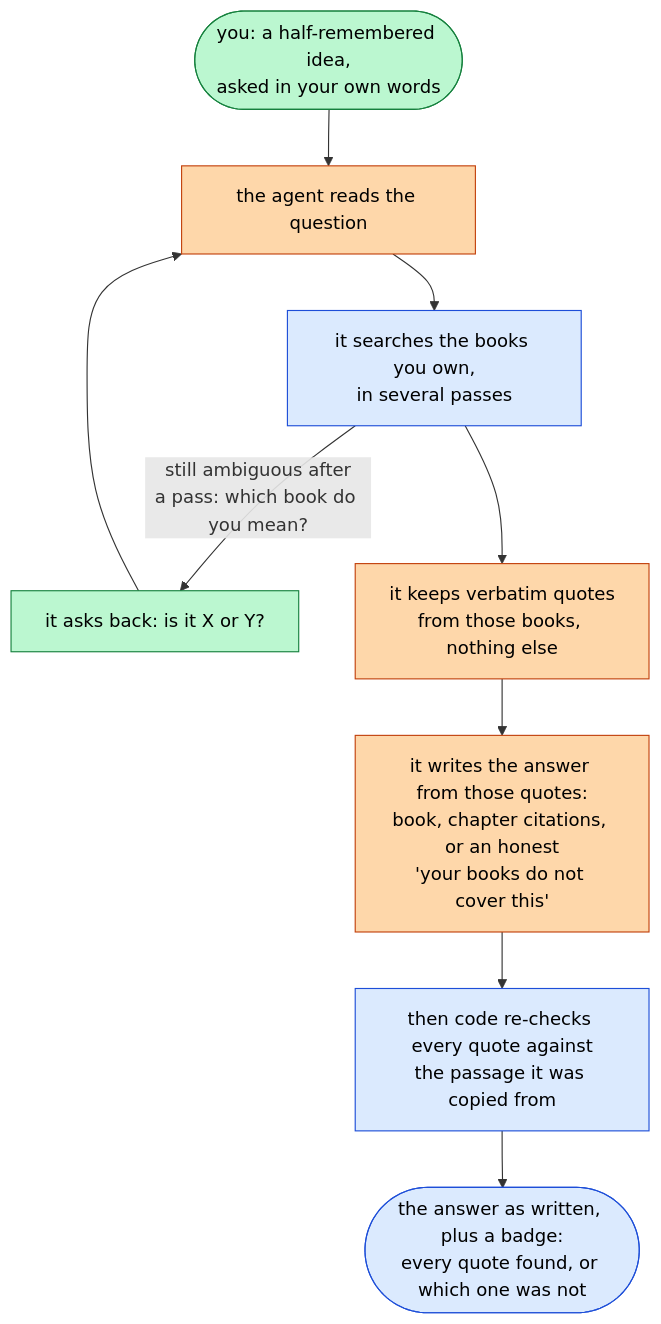
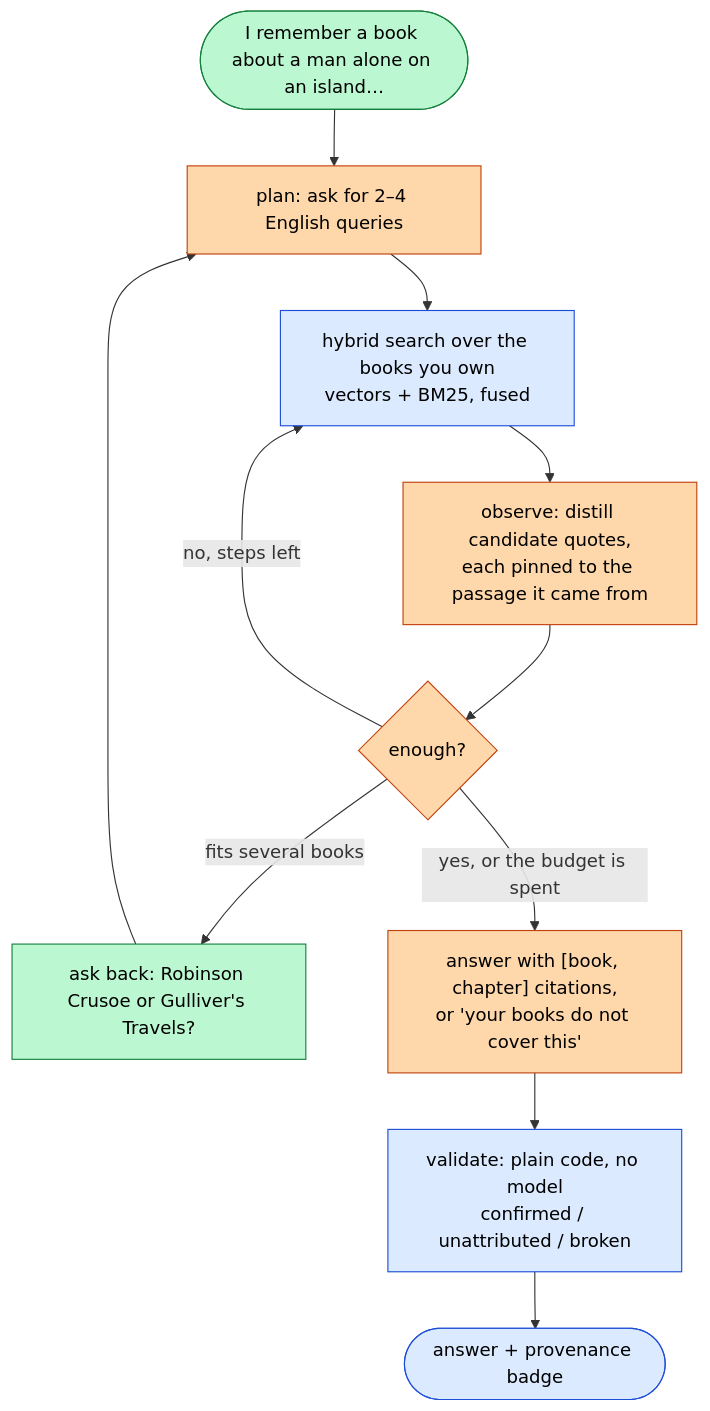
The diagram in README.md (ievgen-borysenko/ask-your-library), drawn with Mermaid before and after one commit. The commit also changed other lines of this file and 4 other files, not shown here.

````diff
--- a/README.md
+++ b/README.md
@@ -17,15 +17,17 @@
 ```mermaid
 flowchart TB
-    R(["you: a half-remembered idea,<br/>asked in your own words"]):::human
-    R --> AG["the agent reads the question"]:::ai
-    AG --> SE["it searches the books you own,<br/>in several passes"]:::code
-    SE -->|"still ambiguous after<br/>a pass: which book do you mean?"| CQ["it asks back: is it X or Y?"]:::human
-    CQ --> AG
-    SE --> EV["it keeps verbatim quotes<br/>from those books, nothing else"]:::ai
-    EV --> A["it writes the answer from those quotes:<br/>book, chapter citations, or an honest<br/>'your books do not cover this'"]:::ai
-    A --> CK["then code re-checks every quote against<br/>the passage it was copied from"]:::code
-    CK --> OUT(["the answer as written, plus a badge:<br/>every quote found, or which one was not"]):::code
+    Q(["I remember a book about a man alone on an island…"]):::human
+    Q --> P["plan: ask for 2–4 English queries"]:::ai
+    P --> A["hybrid search over the books you own<br/>vectors + BM25, fused"]:::code
+    A --> O["observe: distill candidate quotes,<br/>each pinned to the passage it came from"]:::ai
+    O --> R{"enough?"}:::ai
+    R -->|"no, steps left"| A
+    R -->|"fits several books"| C["ask back: Robinson Crusoe or Gulliver's Travels?"]:::human
+    C --> P
+    R -->|"yes, or the budget is spent"| S["answer with [book, chapter] citations,<br/>or 'your books do not cover this'"]:::ai
+    S --> V["validate: plain code, no model<br/>confirmed / unattributed / broken"]:::code
+    V --> OUT(["answer + provenance badge"]):::code
     classDef code fill:#dbeafe,stroke:#1d4ed8,color:#000
     classDef ai fill:#fed7aa,stroke:#c2410c,color:#000
     classDef human fill:#bbf7d0,stroke:#15803d,color:#000
 ```
````
